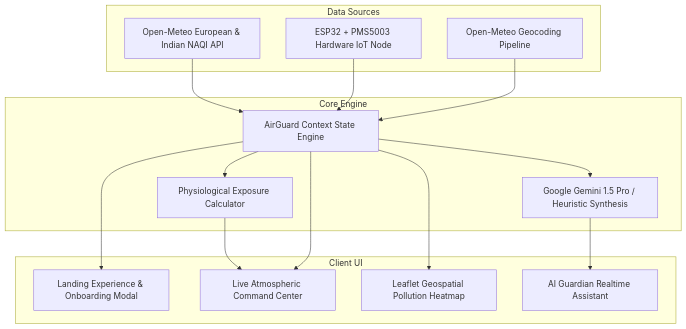
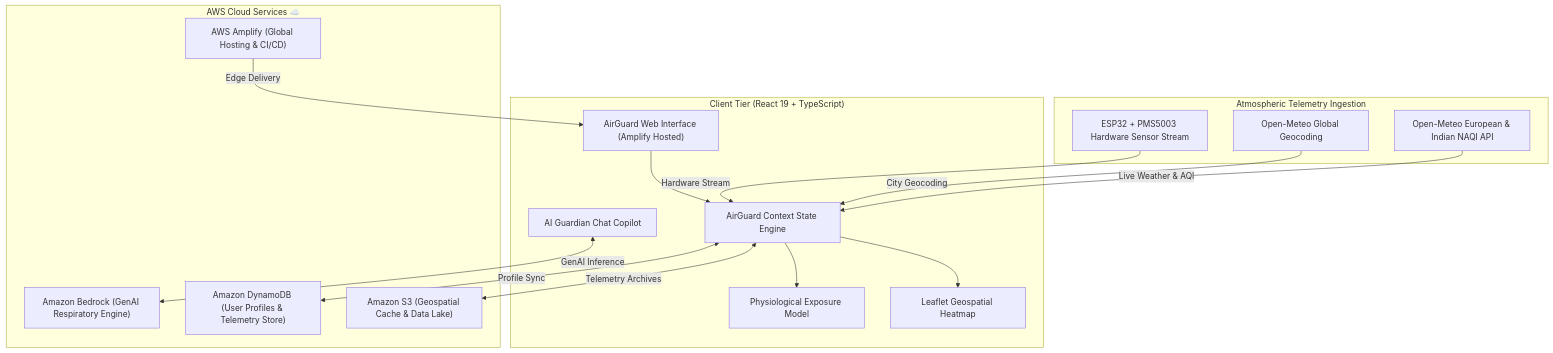
One commit to ShanuPrajapati12005/AirGuard changed the diagram in README.md. Above: the diagram before and after it, drawn with Mermaid. The commit also changed other lines of this file and 17 other files, not shown here.

````diff
--- a/README.md
+++ b/README.md
@@ -120,32 +136,36 @@
 ```mermaid
 flowchart TD
-    subgraph Data Sources
-        API["Open-Meteo European & Indian NAQI API"]
-        IOT["ESP32 + PMS5003 Hardware IoT Node"]
-        GEO["Open-Meteo Geocoding Pipeline"]
+    subgraph Client Layer ["Client Tier (React 19 + TypeScript)"]
+        UI["AirGuard Web Interface (Amplify Hosted)"]
+        CTX["AirGuard Context State Engine"]
+        EXP["Physiological Exposure Model"]
+        CHAT["AI Guardian Chat Copilot"]
+        MAP["Leaflet Geospatial Heatmap"]
     end
 
-    subgraph Core Engine
-        CTX["AirGuard Context State Engine"]
-        EXP["Physiological Exposure Calculator"]
-        AI["Google Gemini 1.5 Pro / Heuristic Synthesis"]
+    subgraph AWS Cloud ["AWS Cloud Services ☁️"]
+        AMP["AWS Amplify (Global Hosting & CI/CD)"]
+        BEDROCK["Amazon Bedrock (GenAI Respiratory Engine)"]
+        DDB["Amazon DynamoDB (User Profiles & Telemetry Store)"]
+        S3["Amazon S3 (Geospatial Cache & Data Lake)"]
     end
 
-    subgraph Client UI
-        LAND["Landing Experience & Onboarding Modal"]
-        DASH["Live Atmospheric Command Center"]
-        MAP["Leaflet Geospatial Pollution Heatmap"]
-        CHAT["AI Guardian Realtime Assistant"]
+    subgraph Data Feeds ["Atmospheric Telemetry Ingestion"]
+        OPENMETEO["Open-Meteo European & Indian NAQI API"]
+        GEO["Open-Meteo Global Geocoding"]
+        IOT["ESP32 + PMS5003 Hardware Sensor Stream"]
     end
 
-    API --> CTX
-    IOT --> CTX
-    GEO --> CTX
+    AMP -->|Edge Delivery| UI
+    OPENMETEO -->|Live Weather & AQI| CTX
+    GEO -->|City Geocoding| CTX
+    IOT -->|Hardware Stream| CTX
+
+    UI --> CTX
     CTX --> EXP
-    CTX --> AI
-    EXP --> DASH
-    AI --> CHAT
-    CTX --> LAND
-    CTX --> DASH
     CTX --> MAP
+    CTX <-->|Profile Sync| DDB
+    CTX <-->|Telemetry Archives| S3
+
+    CHAT <-->|GenAI Inference| BEDROCK
 ```
````
